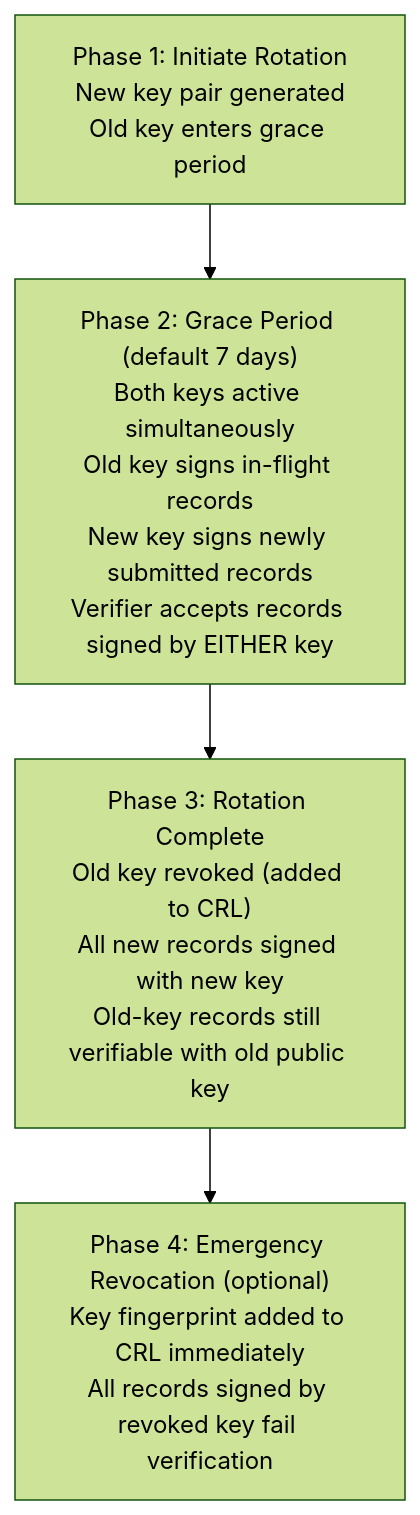
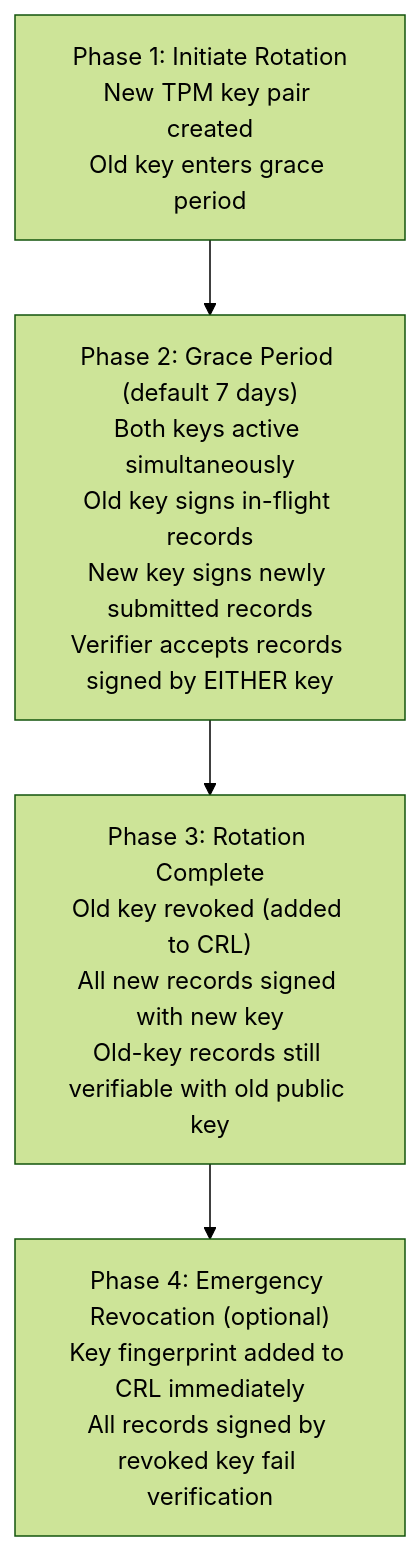
The diagram in docs/en_US/OperationsAndSecurity.md (nekolio/DoLogger), drawn with Mermaid (forest theme) before and after one commit. The commit also changed other lines of this file and 117 other files, not shown here.

````diff
--- a/docs/en_US/OperationsAndSecurity.md
+++ b/docs/en_US/OperationsAndSecurity.md
@@ -412,6 +425,6 @@
 ```mermaid
 flowchart TD
-    P1["Phase 1: Initiate Rotation<br/>New key pair generated<br/>Old key enters grace period"] --> P2["Phase 2: Grace Period (default 7 days)<br/>Both keys active simultaneously<br/>Old key signs in-flight records<br/>New key signs newly submitted records<br/>Verifier accepts records signed by EITHER key"]
+    P1["Phase 1: Initiate Rotation<br/>New TPM key pair created<br/>Old key enters grace period"] --> P2["Phase 2: Grace Period (default 7 days)<br/>Both keys active simultaneously<br/>Old key signs in-flight records<br/>New key signs newly submitted records<br/>Verifier accepts records signed by EITHER key"]
     P2 --> P3["Phase 3: Rotation Complete<br/>Old key revoked (added to CRL)<br/>All new records signed with new key<br/>Old-key records still verifiable with old public key"]
     P3 --> P4["Phase 4: Emergency Revocation (optional)<br/>Key fingerprint added to CRL immediately<br/>All records signed by revoked key fail verification"]
 ```
````
